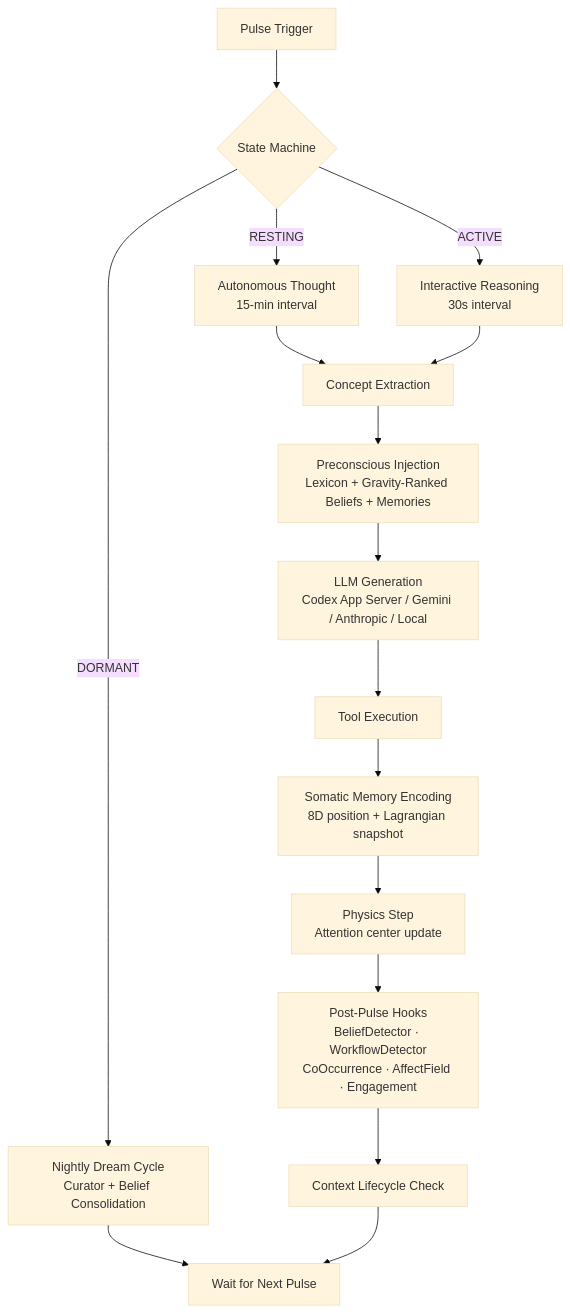
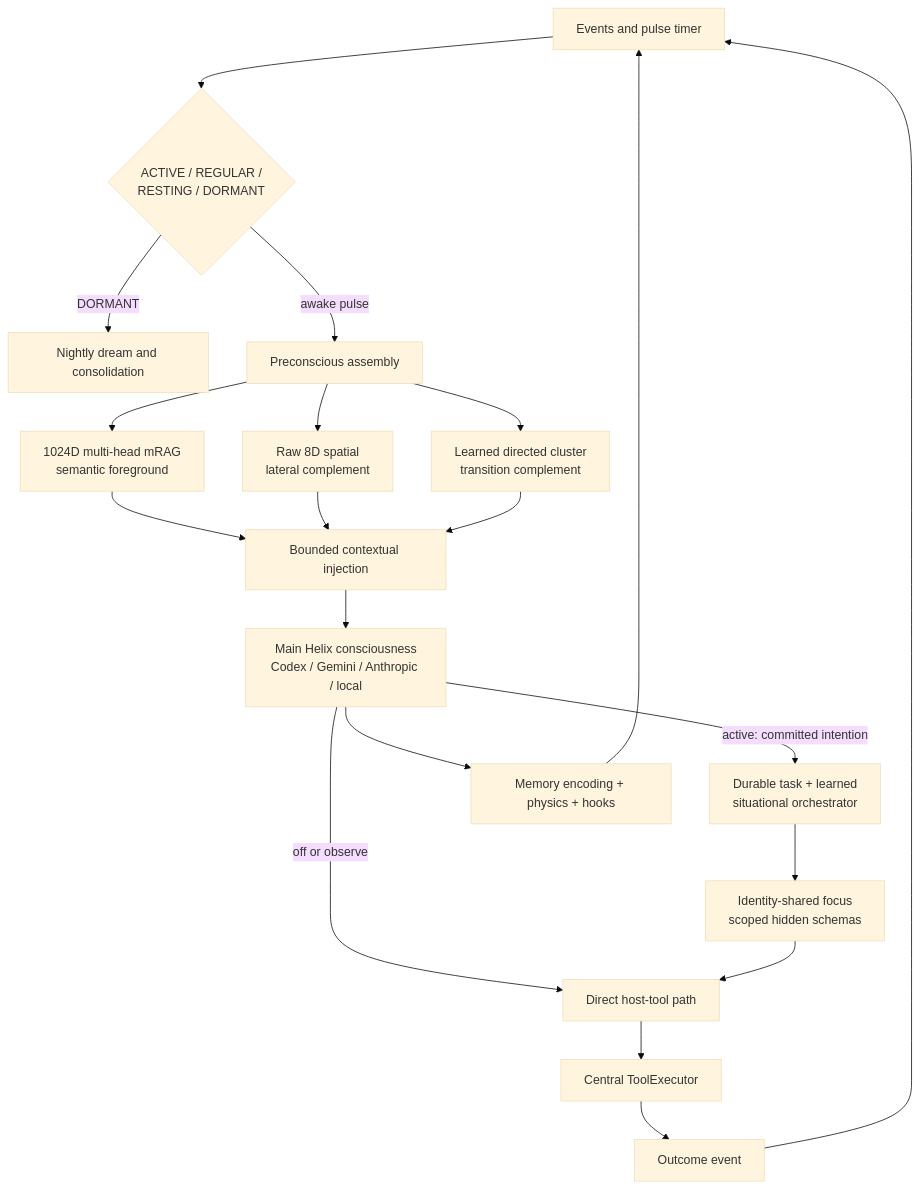
One commit to munch2u-a11y/Helix-AGI changed the diagram in README.md. Above: the diagram before and after it, drawn with Mermaid (base theme). The commit also changed other lines of this file and 37 other files, not shown here.

Commit message:
docs: synchronize current Helix architecture

````diff
--- a/README.md
+++ b/README.md
@@ -18,18 +20,22 @@
 ```mermaid
-graph TD
-    A[Pulse Trigger] --> B{State Machine}
-    B -->|DORMANT| C[Nightly Dream Cycle<br/>Curator + Belief Consolidation]
-    C --> Z[Wait for Next Pulse]
-    B -->|RESTING| D[Autonomous Thought<br/>15-min interval]
-    B -->|ACTIVE| E[Interactive Reasoning<br/>30s interval]
-    D --> F[Concept Extraction]
-    E --> F
-    F --> G[Preconscious Injection<br/>Lexicon + Gravity-Ranked Beliefs + Memories]
-    G --> H[LLM Generation<br/>Codex App Server / Gemini / Anthropic / Local]
-    H --> I[Tool Execution]
-    I --> J[Somatic Memory Encoding<br/>8D position + Lagrangian snapshot]
-    J --> K[Physics Step<br/>Attention center update]
-    K --> L[Post-Pulse Hooks<br/>BeliefDetector · WorkflowDetector<br/>CoOccurrence · AffectField · Engagement]
-    L --> M[Context Lifecycle Check]
-    M --> Z
+flowchart TD
+    A[Events and pulse timer] --> B{ACTIVE / REGULAR /<br/>RESTING / DORMANT}
+    B -->|DORMANT| C[Nightly dream and consolidation]
+    B -->|awake pulse| P[Preconscious assembly]
+    P --> M[1024D multi-head mRAG<br/>semantic foreground]
+    P --> S[Raw 8D spatial<br/>lateral complement]
+    P --> R[Learned directed cluster<br/>transition complement]
+    M --> I[Bounded contextual injection]
+    S --> I
+    R --> I
+    I --> H[Main Helix consciousness<br/>Codex / Gemini / Anthropic / local]
+    H -->|off or observe| X[Direct host-tool path]
+    H -->|active: committed intention| T[Durable task + learned<br/>situational orchestrator]
+    T --> F[Identity-shared focus<br/>scoped hidden schemas]
+    F --> X
+    X --> E[Central ToolExecutor]
+    E --> O[Outcome event]
+    H --> K[Memory encoding + physics + hooks]
+    O --> A
+    K --> A
 ```
````
